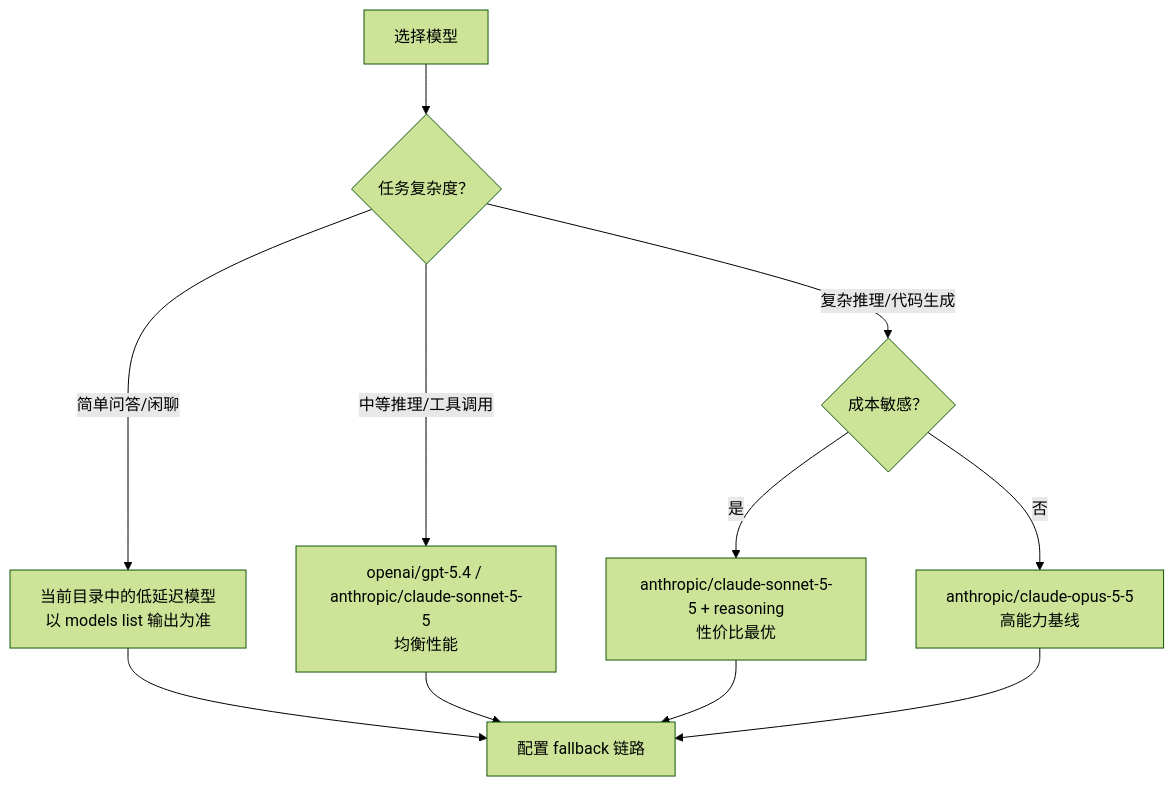
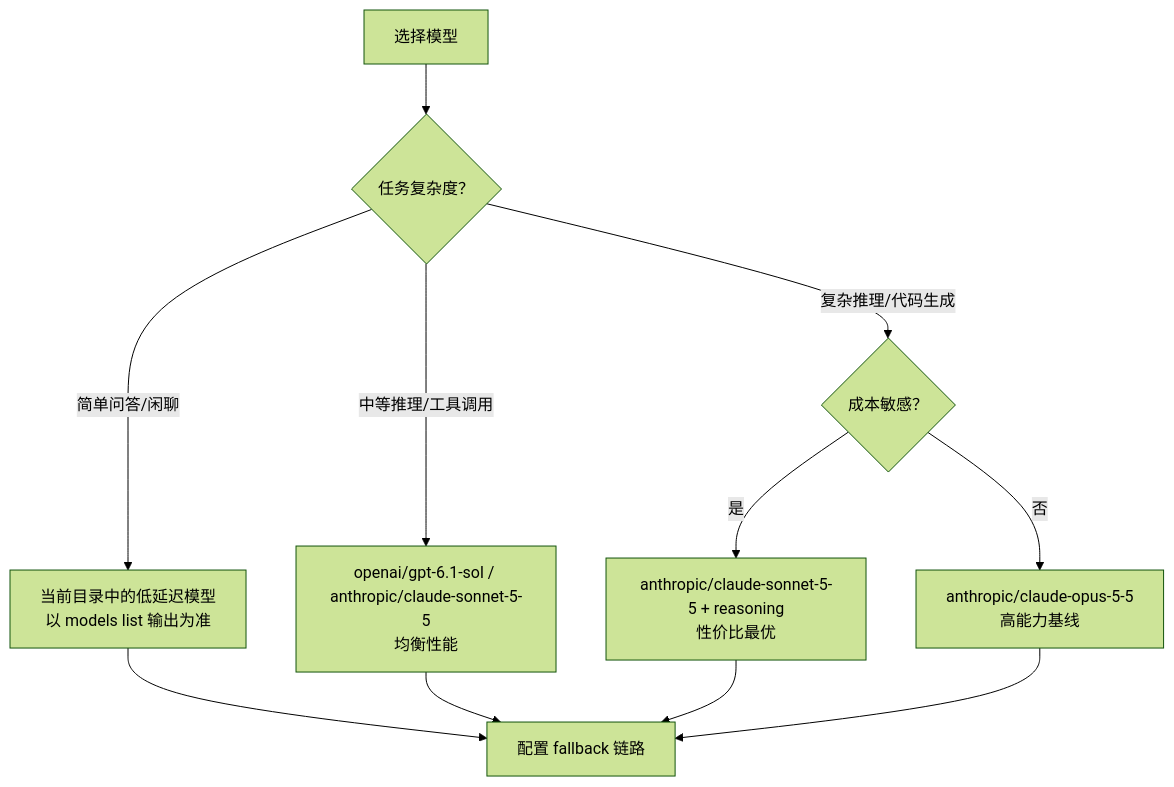
One commit to yeasy/openclaw_guide changed the diagram in 04_config_models/4.3_model_selection.md. Above: the diagram before and after it, drawn with Mermaid (forest theme). The commit also changed other lines of this file and 10 other files, not shown here.

````diff
--- a/04_config_models/4.3_model_selection.md
+++ b/04_config_models/4.3_model_selection.md
@@ -30,13 +30,13 @@
 ```mermaid
 flowchart TD
     Start["选择模型"] --> Q1{"任务复杂度？"}
     Q1 -->|"简单问答/闲聊"| M1["当前目录中的低延迟模型<br/>以 models list 输出为准"]
-    Q1 -->|"中等推理/工具调用"| M2["openai/gpt-5.4 / anthropic/claude-sonnet-5-5<br/>均衡性能"]
+    Q1 -->|"中等推理/工具调用"| M2["openai/gpt-6.1-sol / anthropic/claude-sonnet-5-5<br/>均衡性能"]
     Q1 -->|"复杂推理/代码生成"| Q2{"成本敏感？"}
     Q2 -->|"是"| M3["anthropic/claude-sonnet-5-5 + reasoning<br/>性价比最优"]
     Q2 -->|"否"| M4["anthropic/claude-opus-5-5<br/>高能力基线"]
     M1 --> FB["配置 fallback 链路"]
     M2 --> FB
     M3 --> FB
     M4 --> FB
 ```
````
